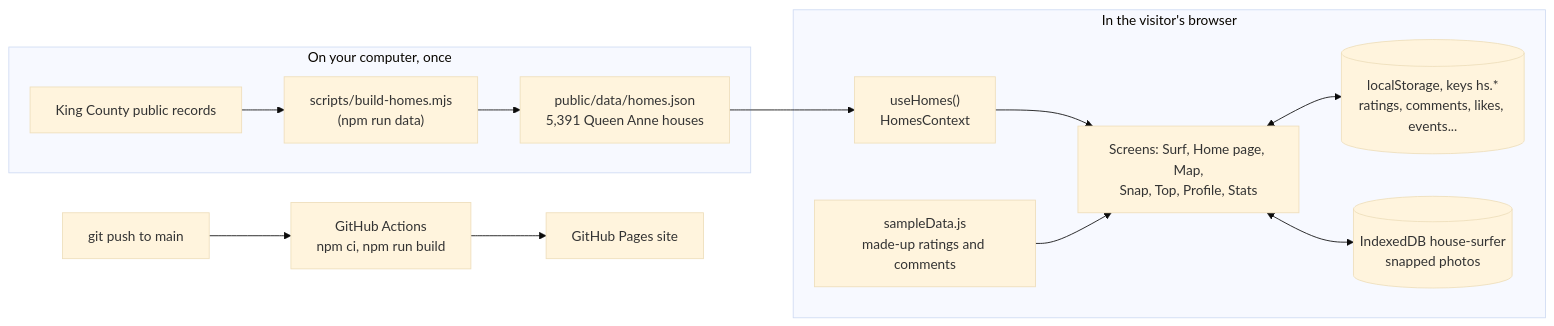
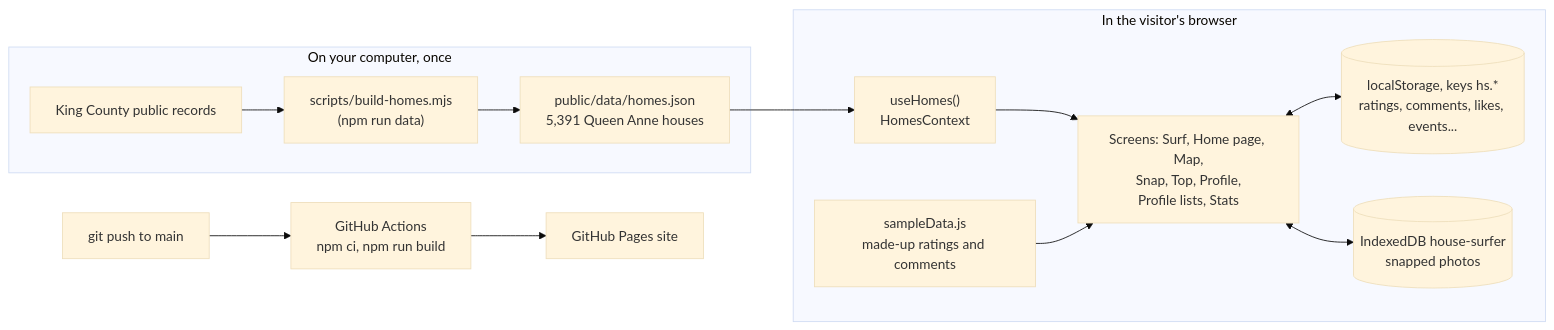
The diagram in docs/ARCHITECTURE.md (rkelsey15/house-surfer), drawn with Mermaid (base theme) before and after one commit. The commit also changed other lines of this file and 10 other files, not shown here.

Commit message:
UI polish Part E: Profile See all pages and laptop columns, delete ComingSoon; STATUS, DECISIONS, ARCHITECTURE

````diff
--- a/docs/ARCHITECTURE.md
+++ b/docs/ARCHITECTURE.md
@@ -10,15 +10,15 @@
 ```mermaid
 flowchart LR
   subgraph build["On your computer, once"]
     county["King County public records"] --> script["scripts/build-homes.mjs<br/>(npm run data)"]
     script --> homes["public/data/homes.json<br/>5,391 Queen Anne houses"]
   end
   subgraph browser["In the visitor's browser"]
     homes --> useHomes["useHomes()<br/>HomesContext"]
-    useHomes --> screens["Screens: Surf, Home page, Map,<br/>Snap, Top, Profile, Stats"]
+    useHomes --> screens["Screens: Surf, Home page, Map,<br/>Snap, Top, Profile,<br/>Profile lists, Stats"]
     sample["sampleData.js<br/>made-up ratings and comments"] --> screens
     screens <--> ls[("localStorage, keys hs.*<br/>ratings, comments, likes, events...")]
     screens <--> idb[("IndexedDB house-surfer<br/>snapped photos")]
   end
   push["git push to main"] --> actions["GitHub Actions<br/>npm ci, npm run build"] --> pages["GitHub Pages site"]
 ```
````
